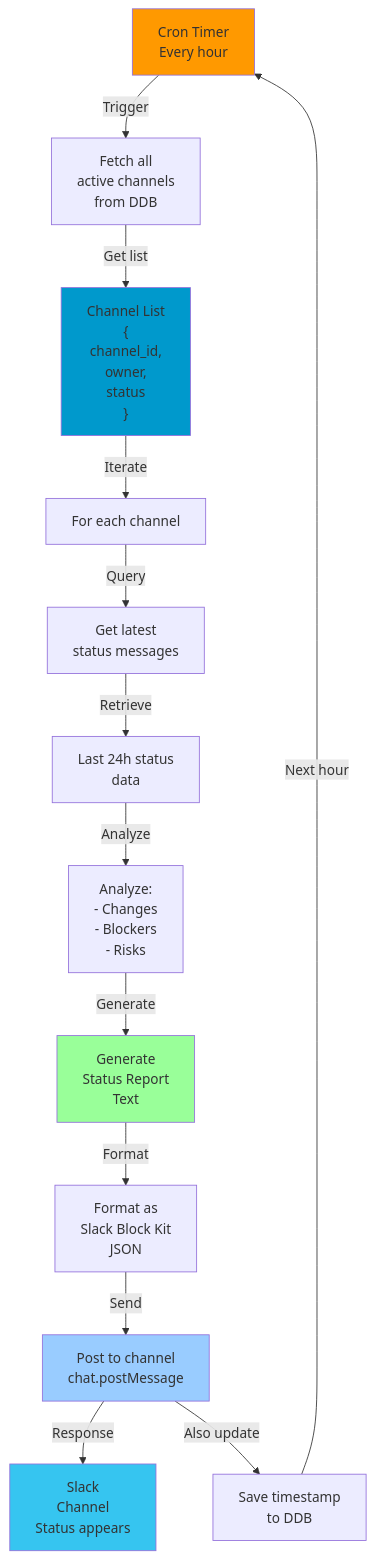
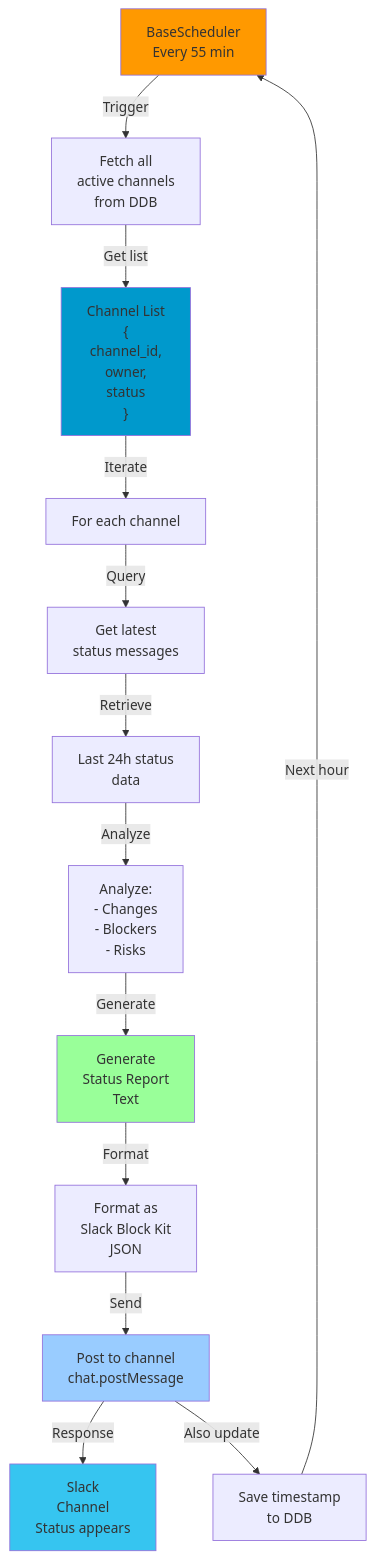
The first of 7 diagrams in projects/ketchup/docs/diagrams/7-service-data-flows.md (blueman82/mcp-exec), drawn with Mermaid before and after one commit. The commit also changed other lines of this file and 36 other files, not shown here.

First line of the commit message:
feat: Phase 1 Scheduler Consolidation - BaseScheduler pattern with unified healthchecks

````diff
--- a/projects/ketchup/docs/diagrams/7-service-data-flows.md
+++ b/projects/ketchup/docs/diagrams/7-service-data-flows.md
@@ -5,34 +5,34 @@
 ```mermaid
 graph TD
-    Timer["Cron Timer<br/>Every hour"]
+    Timer["BaseScheduler<br/>Every 55 min"]
 
     Timer -->|Trigger| Fetch["Fetch all<br/>active channels<br/>from DDB"]
 
     Fetch -->|Get list| Channels["Channel List<br/>{<br/>channel_id,<br/>owner,<br/>status<br/>}"]
 
     Channels -->|Iterate| ForEach["For each channel"]
 
     ForEach -->|Query| GetStatus["Get latest<br/>status messages"]
 
     GetStatus -->|Retrieve| StatusData["Last 24h status<br/>data"]
 
     StatusData -->|Analyze| AnalyzeStatus["Analyze:<br/>- Changes<br/>- Blockers<br/>- Risks"]
 
     AnalyzeStatus -->|Generate| Report["Generate<br/>Status Report<br/>Text"]
 
     Report -->|Format| BlockKit["Format as<br/>Slack Block Kit<br/>JSON"]
 
     BlockKit -->|Send| PostSlack["Post to channel<br/>chat.postMessage"]
 
     PostSlack -->|Response| SlackChannel["Slack<br/>Channel<br/>Status appears"]
 
     PostSlack -->|Also update| SaveDB["Save timestamp<br/>to DDB"]
 
     SaveDB -->|Next hour| Timer
 
     style Timer fill:#ff9900
     style Channels fill:#0099cc
     style Report fill:#99ff99
     style PostSlack fill:#99ccff
     style SlackChannel fill:#36c5f0
 ```
````
